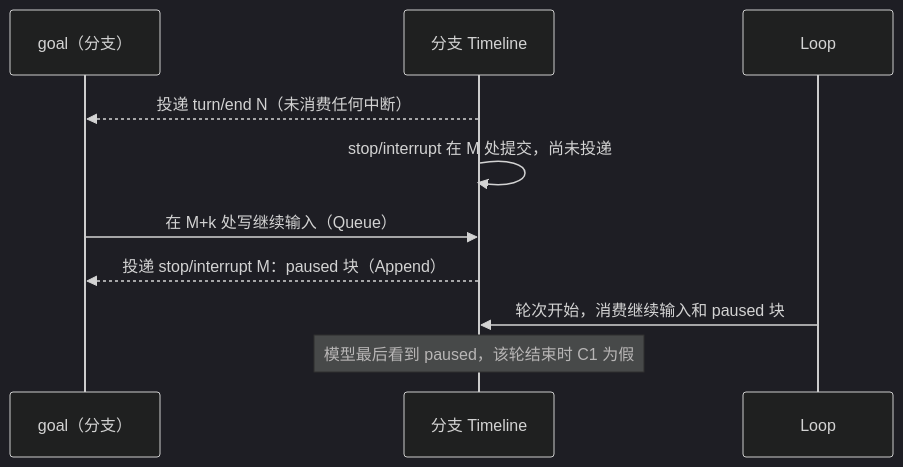
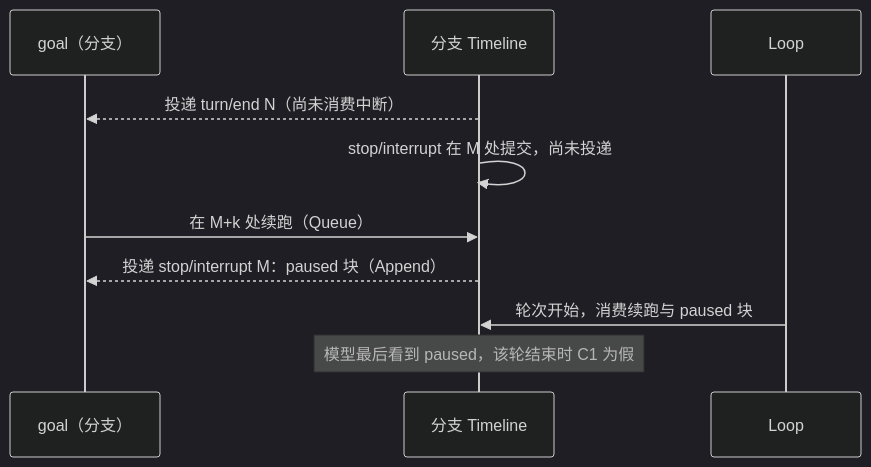
The sixth of 6 diagrams in docs/zh/design/plugins/Goal.md (CoutinhoTTS/dim-agent), drawn with Mermaid (dark theme) before and after one commit. The commit also changed other lines of this file and 18 other files, not shown here.

````diff
--- a/docs/zh/design/plugins/Goal.md
+++ b/docs/zh/design/plugins/Goal.md
@@ -146,12 +146,12 @@
 ```mermaid
 sequenceDiagram
   participant G as goal（分支）
   participant TL as 分支 Timeline
   participant LP as Loop
-  TL-->>G: 投递 turn/end N（未消费任何中断）
+  TL-->>G: 投递 turn/end N（尚未消费中断）
   TL->>TL: stop/interrupt 在 M 处提交，尚未投递
-  G->>TL: 在 M+k 处写继续输入（Queue）
+  G->>TL: 在 M+k 处续跑（Queue）
   TL-->>G: 投递 stop/interrupt M：paused 块（Append）
-  LP->>TL: 轮次开始，消费继续输入和 paused 块
+  LP->>TL: 轮次开始，消费续跑与 paused 块
   Note over TL: 模型最后看到 paused，该轮结束时 C1 为假
 ```
````
